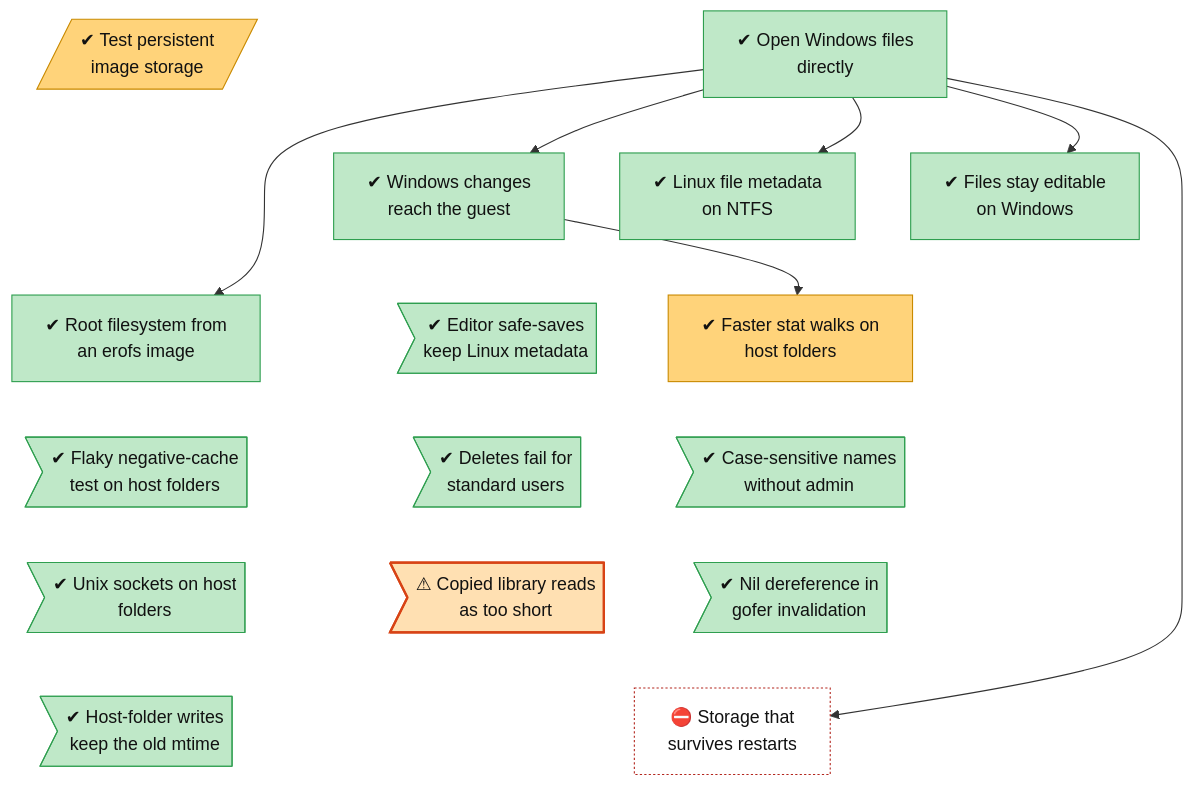
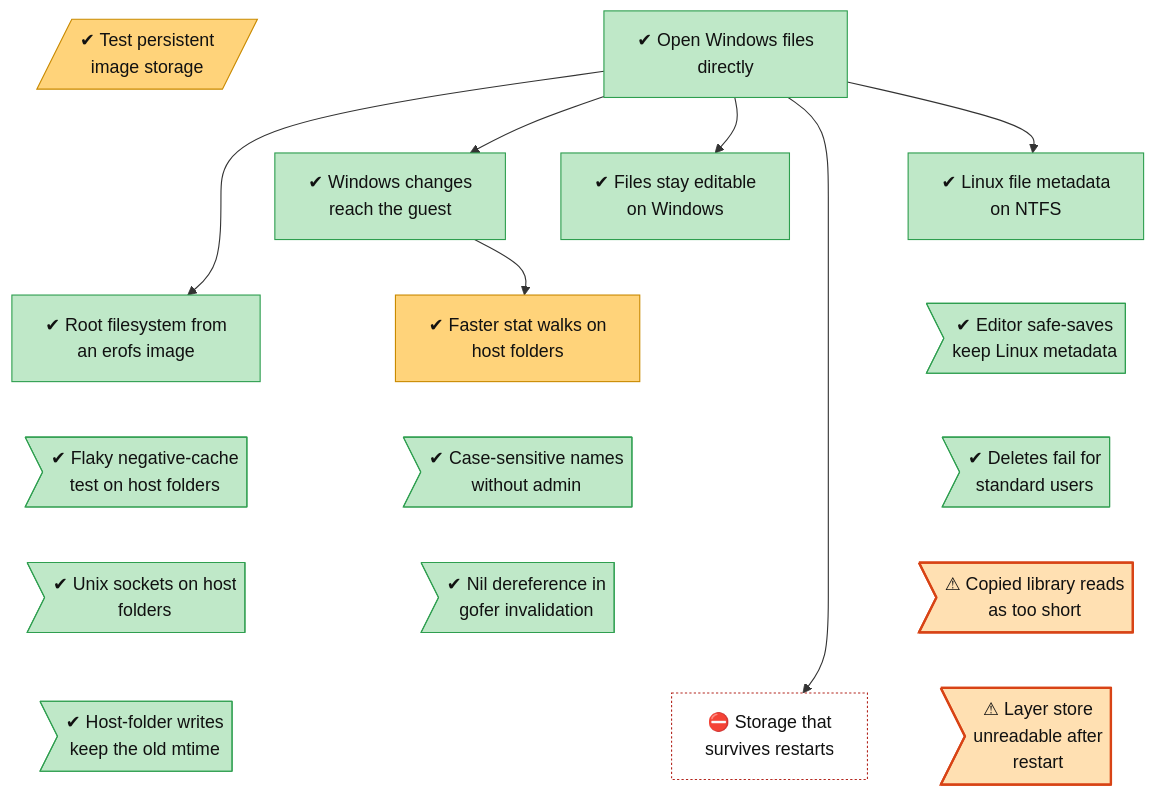
The diagram in docs/roadmap/tracks/fs.md (lhns/gvisor-windows), drawn with Mermaid before and after one commit. The commit also changed other lines of this file and 6 other files, not shown here.

````diff
--- a/docs/roadmap/tracks/fs.md
+++ b/docs/roadmap/tracks/fs.md
@@ -10,58 +10,59 @@
 ```mermaid
 flowchart TB
     fs_persistent_image_storage[/"✔ Test persistent<br/>image storage"/]
     fs_windows_directfs["✔ Open Windows files<br/>directly"]
     fs_change_notifications["✔ Windows changes<br/>reach the guest"]
     fs_linux_metadata_on_ntfs["✔ Linux file metadata<br/>on NTFS"]
     fs_handles_do_not_block_users["✔ Files stay editable<br/>on Windows"]
     fs_root_filesystem_source["✔ Root filesystem from<br/>an erofs image"]
     fs_safe_save_keeps_metadata>"✔ Editor safe-saves<br/>keep Linux metadata"]
     fs_attribute_cache["✔ Faster stat walks on<br/>host folders"]
     fs_flaky_negative_cache_test>"✔ Flaky negative-cache<br/>test on host folders"]
     fs_standard_user_delete_rights>"✔ Deletes fail for<br/>standard users"]
     fs_case_sensitivity_without_admin>"✔ Case-sensitive names<br/>without admin"]
     fs_unix_sockets_on_host_folders>"✔ Unix sockets on host<br/>folders"]
     fs_copied_file_too_short>"⚠ Copied library reads<br/>as too short"]
     fs_disown_children_nil_deref>"✔ Nil dereference in<br/>gofer invalidation"]
     fs_host_folder_mtime_resolution>"✔ Host-folder writes<br/>keep the old mtime"]
+    fs_layer_store_corrupt_after_restart>"⚠ Layer store<br/>unreadable after<br/>restart"]
     fs_persistent_storage_impl["⛔ Storage that<br/>survives restarts"]
     fs_persistent_image_storage ~~~ fs_change_notifications
     fs_windows_directfs ~~~ fs_linux_metadata_on_ntfs
     fs_windows_directfs ~~~ fs_handles_do_not_block_users
     fs_change_notifications ~~~ fs_root_filesystem_source
     fs_linux_metadata_on_ntfs ~~~ fs_safe_save_keeps_metadata
     fs_handles_do_not_block_users ~~~ fs_attribute_cache
     fs_root_filesystem_source ~~~ fs_flaky_negative_cache_test
     fs_safe_save_keeps_metadata ~~~ fs_standard_user_delete_rights
     fs_attribute_cache ~~~ fs_case_sensitivity_without_admin
     fs_flaky_negative_cache_test ~~~ fs_unix_sockets_on_host_folders
     fs_standard_user_delete_rights ~~~ fs_copied_file_too_short
     fs_case_sensitivity_without_admin ~~~ fs_disown_children_nil_deref
     fs_unix_sockets_on_host_folders ~~~ fs_host_folder_mtime_resolution
-    fs_copied_file_too_short ~~~ fs_persistent_storage_impl
+    fs_copied_file_too_short ~~~ fs_layer_store_corrupt_after_restart
     fs_disown_children_nil_deref ~~~ fs_persistent_storage_impl
     fs_windows_directfs --> fs_change_notifications
     fs_windows_directfs --> fs_linux_metadata_on_ntfs
     fs_windows_directfs --> fs_handles_do_not_block_users
     fs_windows_directfs --> fs_root_filesystem_source
     fs_change_notifications --> fs_attribute_cache
     fs_windows_directfs --> fs_persistent_storage_impl
     classDef vsucc fill:#2e9e4f,stroke:#1b6b34,color:#fff
     classDef succ fill:#bfe8c8,stroke:#2e9e4f,color:#111
     classDef mixed fill:#ffd37a,stroke:#c98a00,color:#111
     classDef bad fill:#f28b82,stroke:#b3261e,color:#111
     classDef dead fill:#e6e6e6,stroke:#777,stroke-dasharray:5 5,color:#555
     classDef inprog fill:#a8cdf5,stroke:#1f6fc5,color:#111
     classDef next fill:#fff,stroke:#333,color:#111
     classDef blocked fill:#fff,stroke:#b3261e,stroke-dasharray:2 2,color:#111
     classDef parked fill:#f3f3f3,stroke:#999,color:#555
     classDef unrated fill:#fff,stroke:#333,stroke-dasharray:1 3,color:#111
     classDef gate fill:#d9c2f0,stroke:#7b3fb5,color:#111
     classDef decided fill:#ece0f7,stroke:#7b3fb5,stroke-dasharray:2 2,color:#111
     classDef finding fill:#ffe0b2,stroke:#d84315,stroke-width:2px,color:#111
     classDef waiting fill:#e3f2fd,stroke:#1f6fc5,stroke-dasharray:5 5,color:#111
     class fs_persistent_image_storage,fs_attribute_cache mixed
     class fs_windows_directfs,fs_change_notifications,fs_linux_metadata_on_ntfs,fs_handles_do_not_block_users,fs_root_filesystem_source,fs_safe_save_keeps_metadata,fs_flaky_negative_cache_test,fs_standard_user_delete_rights,fs_case_sensitivity_without_admin,fs_unix_sockets_on_host_folders,fs_disown_children_nil_deref,fs_host_folder_mtime_resolution succ
-    class fs_copied_file_too_short finding
+    class fs_copied_file_too_short,fs_layer_store_corrupt_after_restart finding
     class fs_persistent_storage_impl blocked
 ```
````
